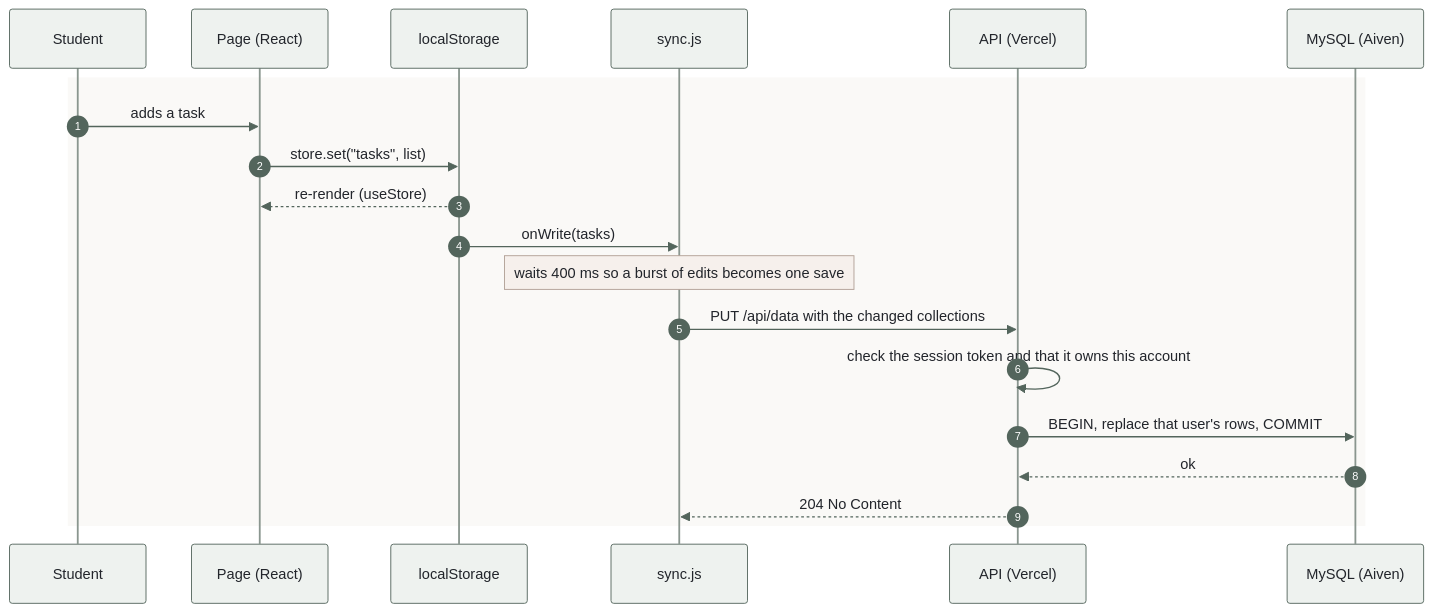
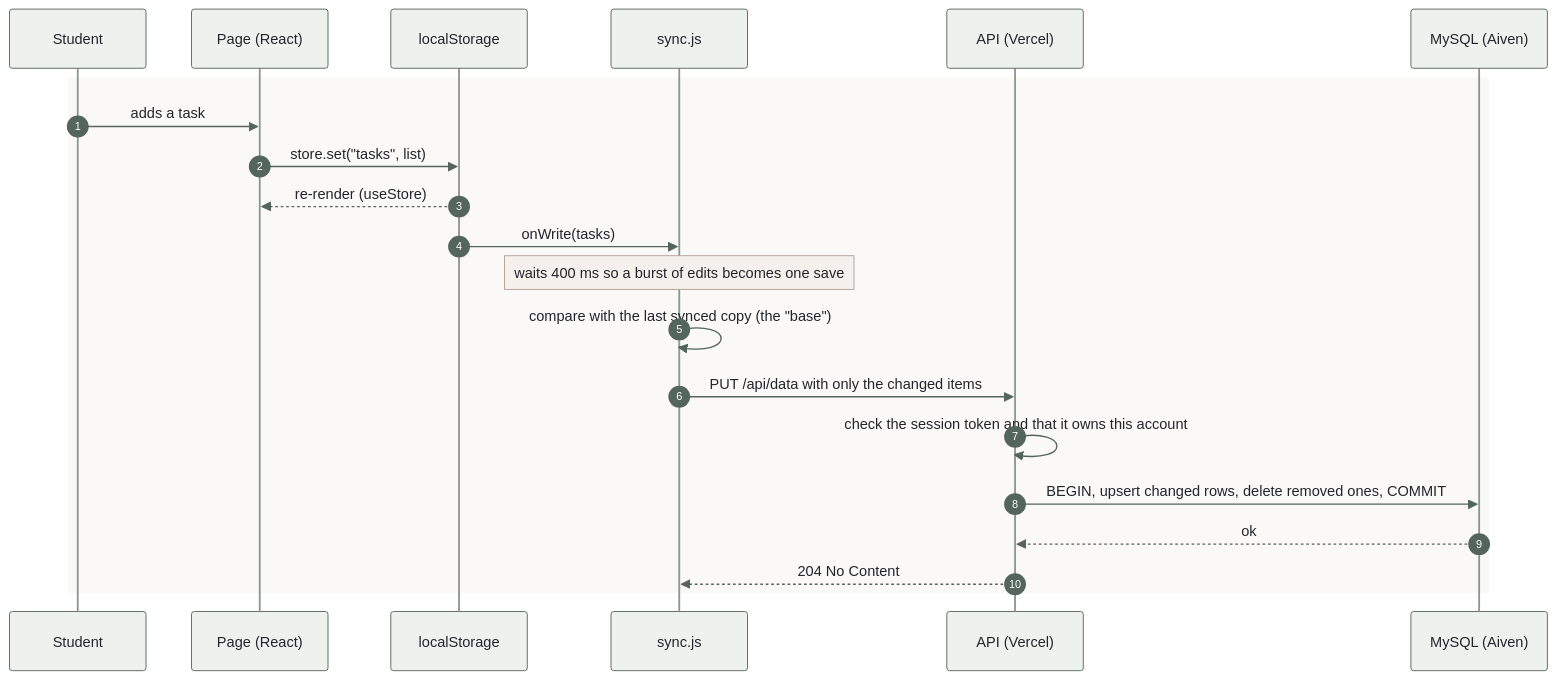
One commit to Manan-2007/Synora changed the fifth of 7 diagrams in README.md. Above: the diagram before and after it, drawn with Mermaid. The commit also changed other lines of this file and 18 other files, not shown here.

````diff
--- a/README.md
+++ b/README.md
@@ -411,23 +411,24 @@
 ```mermaid
 %%{init: {"theme": "base", "themeVariables": {"fontFamily": "Inter, -apple-system, Segoe UI, sans-serif", "actorBkg": "#EEF2EF", "actorBorder": "#53655C", "actorTextColor": "#22252B", "actorLineColor": "#8A968F", "signalColor": "#53655C", "signalTextColor": "#22252B", "noteBkgColor": "#F6F0EC", "noteBorderColor": "#B09F95", "noteTextColor": "#22252B", "labelBoxBkgColor": "#EEF2EF", "labelBoxBorderColor": "#53655C", "labelTextColor": "#22252B", "loopTextColor": "#22252B", "sequenceNumberColor": "#FFFFFF"}}}%%
 sequenceDiagram
     autonumber
     participant S as Student
     participant P as Page (React)
     participant L as localStorage
     participant Y as sync.js
     participant A as API (Vercel)
     participant D as MySQL (Aiven)
     rect rgb(250, 249, 247)
     S->>P: adds a task
     P->>L: store.set("tasks", list)
     L-->>P: re-render (useStore)
     L->>Y: onWrite(tasks)
     Note over Y: waits 400 ms so a burst of edits becomes one save
-    Y->>A: PUT /api/data with the changed collections
+    Y->>Y: compare with the last synced copy (the "base")
+    Y->>A: PUT /api/data with only the changed items
     A->>A: check the session token and that it owns this account
-    A->>D: BEGIN, replace that user's rows, COMMIT
+    A->>D: BEGIN, upsert changed rows, delete removed ones, COMMIT
     D-->>A: ok
     A-->>Y: 204 No Content
     end
 ```
````
